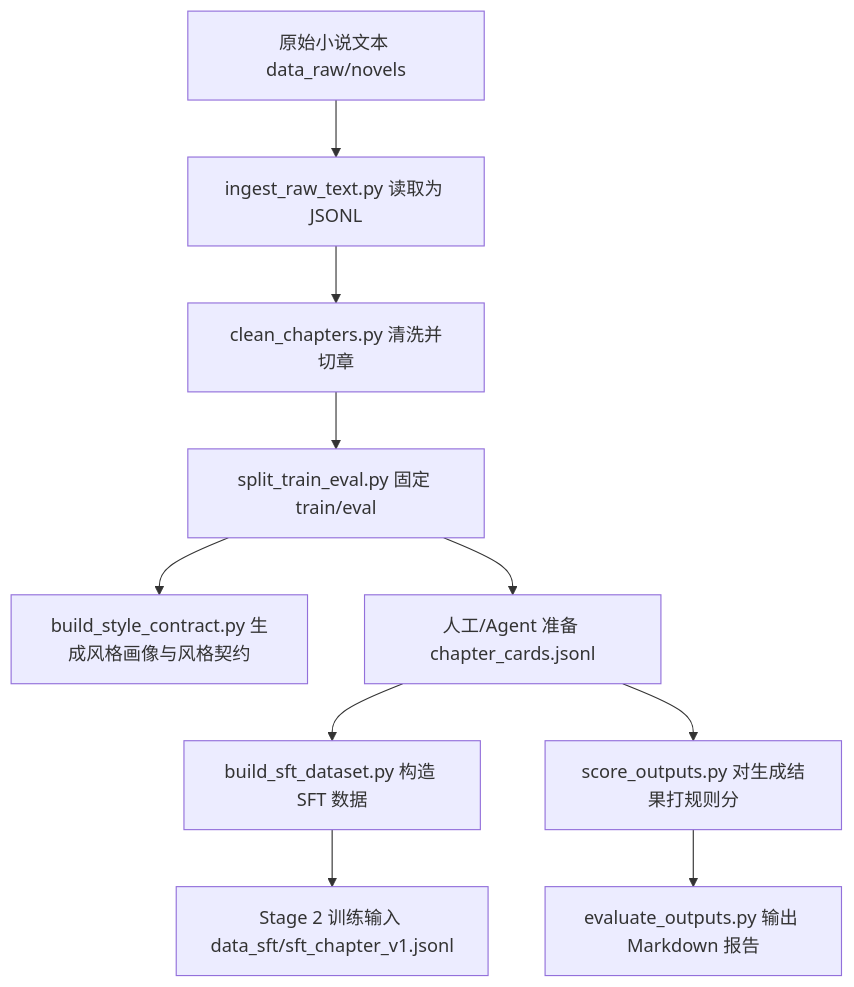
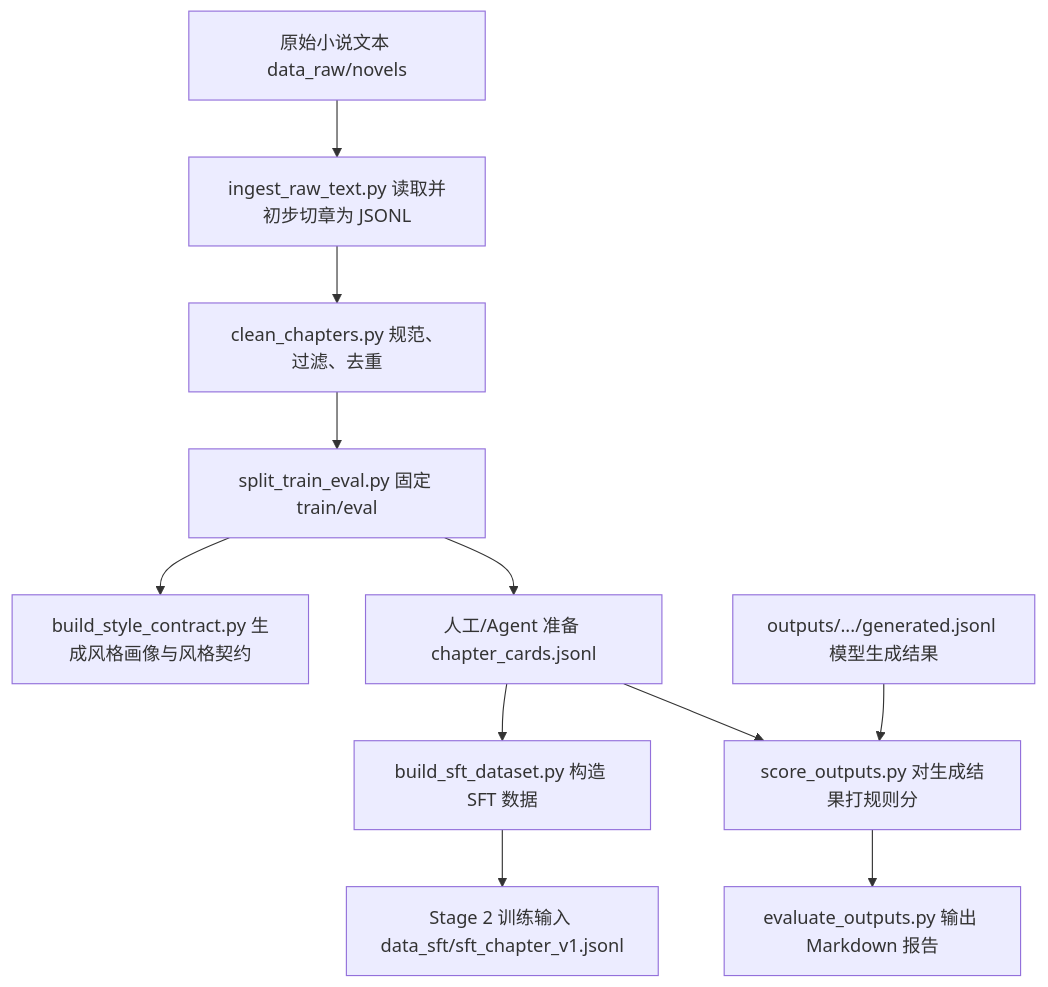
Before and after one commit to luoluomashang/smallModelTrain: the diagram in docs/stage1-pipeline-guide.zh.md, drawn with Mermaid. The commit also changed other lines of this file, not shown here.

````diff
--- a/docs/stage1-pipeline-guide.zh.md
+++ b/docs/stage1-pipeline-guide.zh.md
@@ -22,12 +22,13 @@
 ```mermaid
 flowchart TD
-    A["原始小说文本 data_raw/novels"] --> B["ingest_raw_text.py 读取为 JSONL"]
-    B --> C["clean_chapters.py 清洗并切章"]
+    A["原始小说文本 data_raw/novels"] --> B["ingest_raw_text.py 读取并初步切章为 JSONL"]
+    B --> C["clean_chapters.py 规范、过滤、去重"]
     C --> D["split_train_eval.py 固定 train/eval"]
     D --> E["build_style_contract.py 生成风格画像与风格契约"]
     D --> F["人工/Agent 准备 chapter_cards.jsonl"]
     F --> G["build_sft_dataset.py 构造 SFT 数据"]
     G --> H["Stage 2 训练输入 data_sft/sft_chapter_v1.jsonl"]
     F --> I["score_outputs.py 对生成结果打规则分"]
+    K["outputs/.../generated.jsonl 模型生成结果"] --> I
     I --> J["evaluate_outputs.py 输出 Markdown 报告"]
 ```
````
